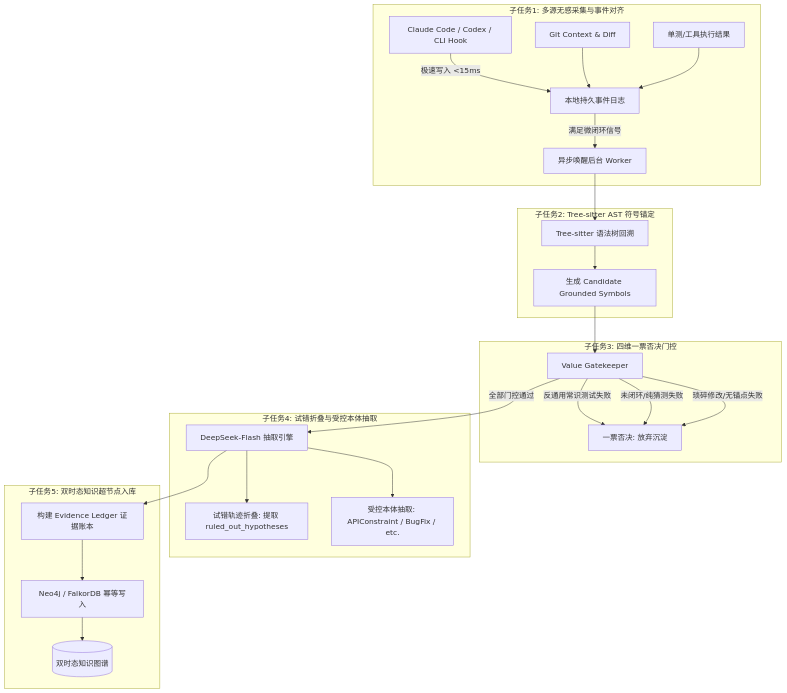
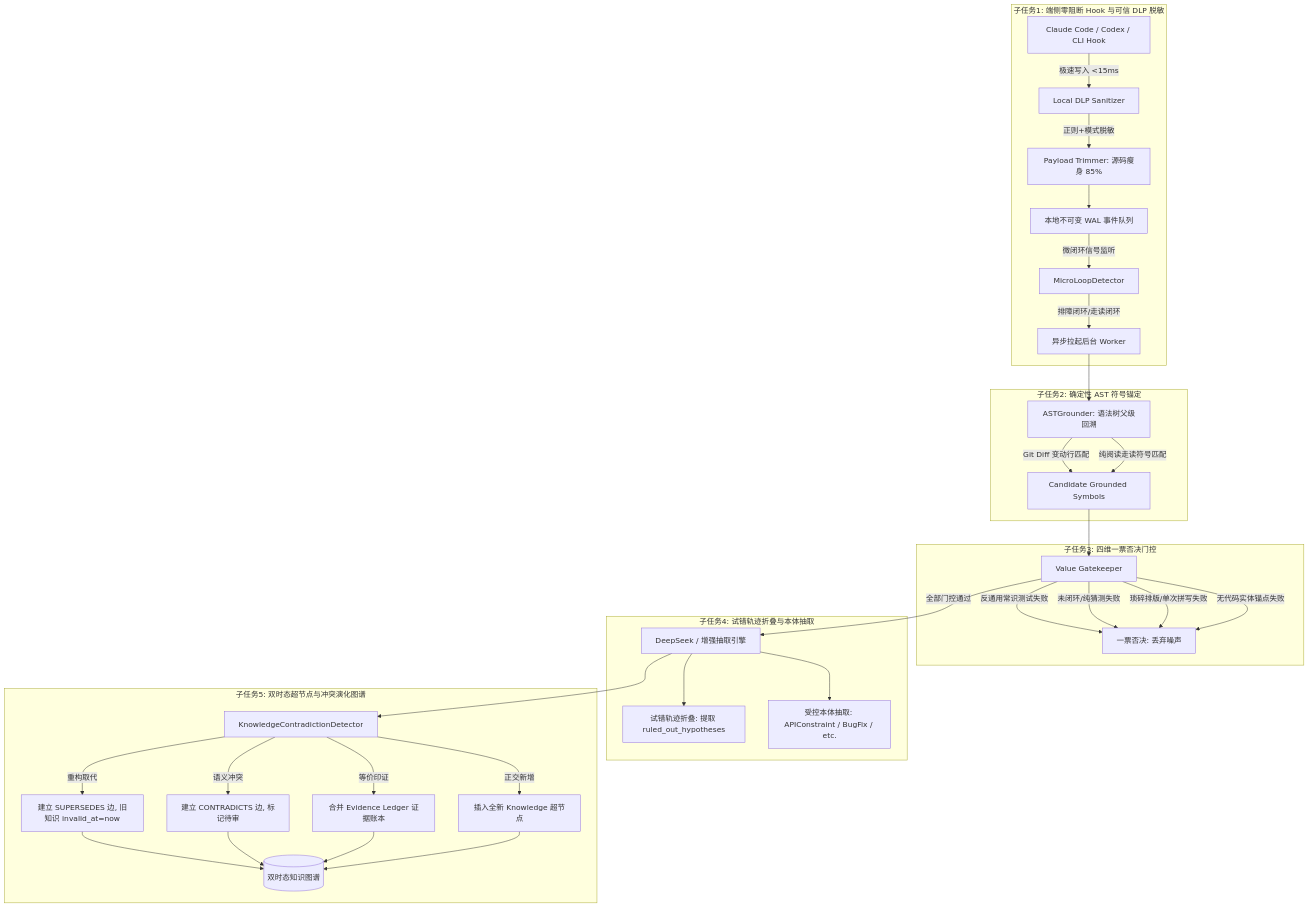
The diagram in data/step-1.md (baitianyu-kun/knowngraph), drawn with Mermaid before and after one commit. The commit also changed other lines of this file and 9 other files, not shown here.

````diff
--- a/data/step-1.md
+++ b/data/step-1.md
@@ -55,33 +53,42 @@
 ```mermaid
 flowchart TD
-    subgraph S1 [子任务1: 多源无感采集与事件对齐]
-        H1[Claude Code / Codex / CLI Hook] -->|极速写入 <15ms| EV[本地持久事件日志]
-        H2[Git Context & Diff] --> EV
-        H3[单测/工具执行结果] --> EV
-        EV -->|满足微闭环信号| WT[异步唤醒后台 Worker]
+    subgraph S1 [子任务1: 端侧零阻断 Hook 与可信 DLP 脱敏]
+        H1[Claude Code / Codex / CLI Hook] -->|极速写入 <15ms| DLP[Local DLP Sanitizer]
+        DLP -->|正则+模式脱敏| TRM[Payload Trimmer: 源码瘦身 85%]
+        TRM --> WAL[本地不可变 WAL 事件队列]
+        WAL -->|微闭环信号监听| ML[MicroLoopDetector]
+        ML -->|排障闭环/走读闭环| ASYNC[异步拉起后台 Worker]
     end
 
-    subgraph S2 [子任务2: Tree-sitter AST 符号锚定]
-        WT --> AST[Tree-sitter 语法树回溯]
-        AST --> SYM[生成 Candidate Grounded Symbols]
+    subgraph S2 [子任务2: 确定性 AST 符号锚定]
+        ASYNC --> AST[ASTGrounder: 语法树父级回溯]
+        AST -->|Git Diff 变动行匹配| SYM[Candidate Grounded Symbols]
+        AST -->|纯阅读走读符号匹配| SYM
     end
 
     subgraph S3 [子任务3: 四维一票否决门控]
         SYM --> GK[Value Gatekeeper]
-        GK -->|反通用常识测试失败| REJ[一票否决: 放弃沉淀]
+        GK -->|反通用常识测试失败| REJ[一票否决: 丢弃噪声]
         GK -->|未闭环/纯猜测失败| REJ
-        GK -->|琐碎修改/无锚点失败| REJ
+        GK -->|琐碎排版/单次拼写失败| REJ
+        GK -->|无代码实体锚点失败| REJ
     end
 
-    subgraph S4 [子任务4: 试错折叠与受控本体抽取]
-        GK -->|全部门控通过| EXT[DeepSeek-Flash 抽取引擎]
+    subgraph S4 [子任务4: 试错轨迹折叠与本体抽取]
+        GK -->|全部门控通过| EXT[DeepSeek / 增强抽取引擎]
         EXT --> TF[试错轨迹折叠: 提取 ruled_out_hypotheses]
         EXT --> ONT[受控本体抽取: APIConstraint / BugFix / etc.]
     end
 
-    subgraph S5 [子任务5: 双时态知识超节点入库]
-        EXT --> LED[构建 Evidence Ledger 证据账本]
-        LED --> NEO[Neo4j / FalkorDB 幂等写入]
-        NEO --> KG[(双时态知识图谱)]
+    subgraph S5 [子任务5: 双时态超节点与冲突演化图谱]
+        EXT --> DET[KnowledgeContradictionDetector]
+        DET -->|重构取代| SUP[建立 SUPERSEDES 边, 旧知识 invalid_at=now]
+        DET -->|语义冲突| CON[建立 CONTRADICTS 边, 标记待审]
+        DET -->|等价印证| EQU[合并 Evidence Ledger 证据账本]
+        DET -->|正交新增| NEW[插入全新 Knowledge 超节点]
+        SUP --> KG[(双时态知识图谱)]
+        CON --> KG
+        EQU --> KG
+        NEW --> KG
     end
 ```
````
